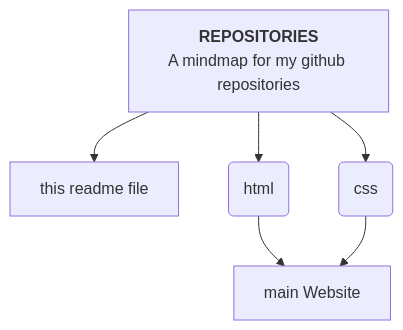
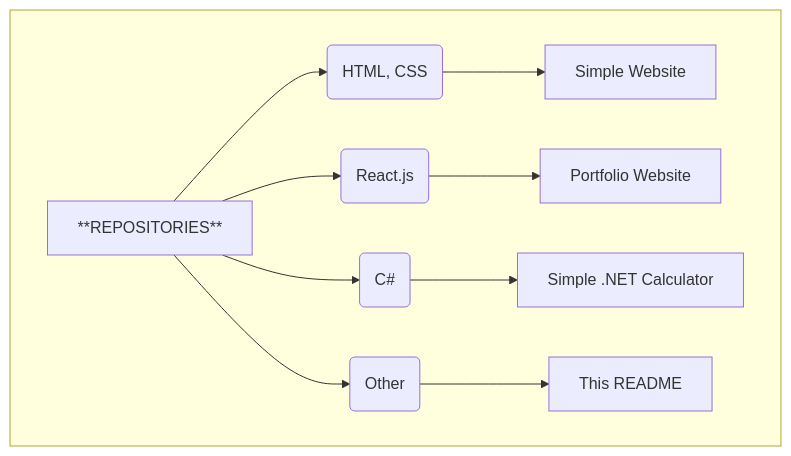
The diagram in README.md (ABHIJEETH-V-N/ABHIJEETH-V-N), drawn with Mermaid before and after one commit. The commit also changed other lines of this file, not shown here.

````diff
--- a/README.md
+++ b/README.md
@@ -11,11 +19,15 @@
-```mermaid
+```mermaid        
 %%{init: {"flowchart": {"htmlLabels": false}} }%%
 flowchart TD
-markdown["`**REPOSITORIES**
-A mindmap for my github repositories`"]
-markdown-->rm[this readme file] 
-markdown -->A(html)
-markdown-->B(css)
-A-->re1[main Website]
-B-->re1
+    subgraph " "
+        direction LR
+        markdown["**REPOSITORIES**"] --> A(HTML, CSS)
+        A --> re1[Simple Website]
+        markdown --> B(React.js)
+        B --> re2[Portfolio Website]
+        markdown --> D(C#)
+        D --> re3[Simple .NET Calculator]
+        markdown --> E(Other)
+        E --> ThisReadme[This README]
+    end
 ```
````
